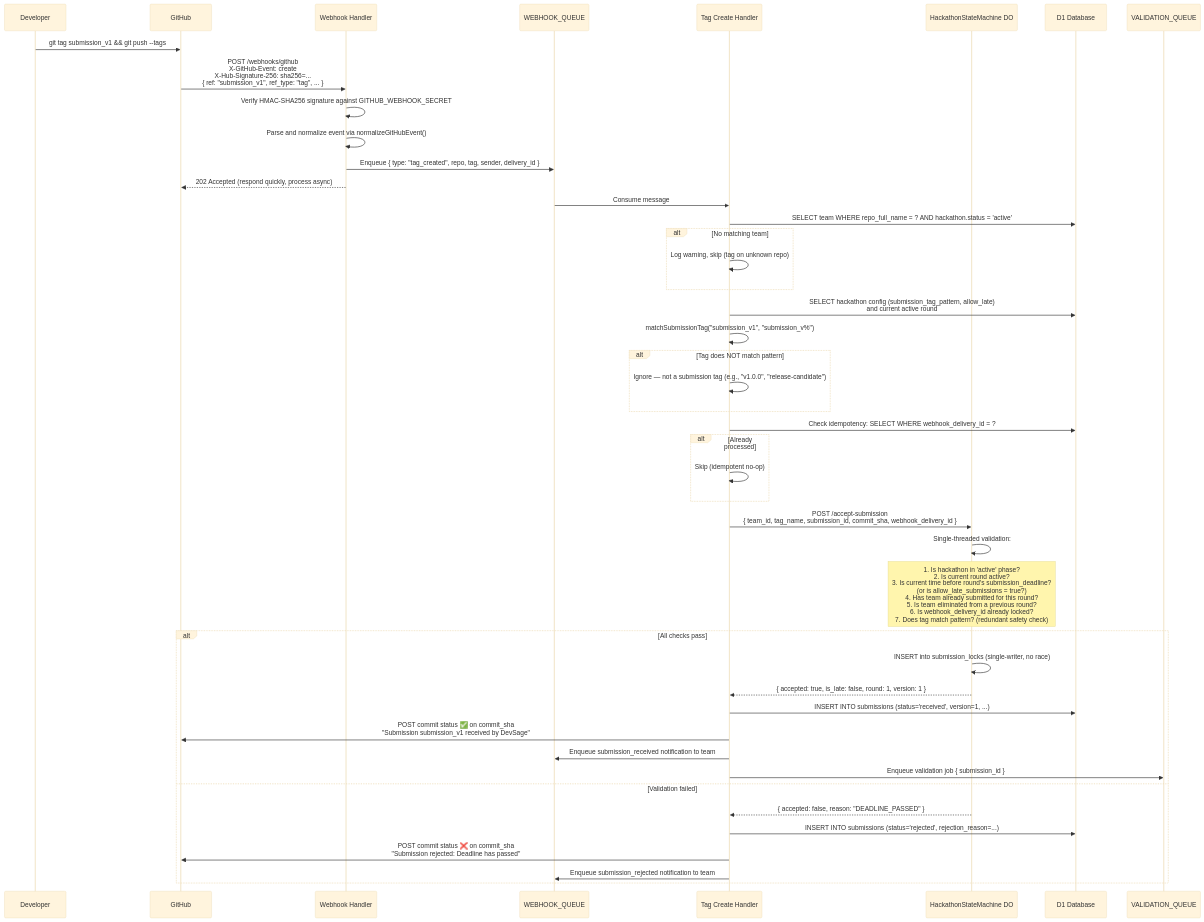
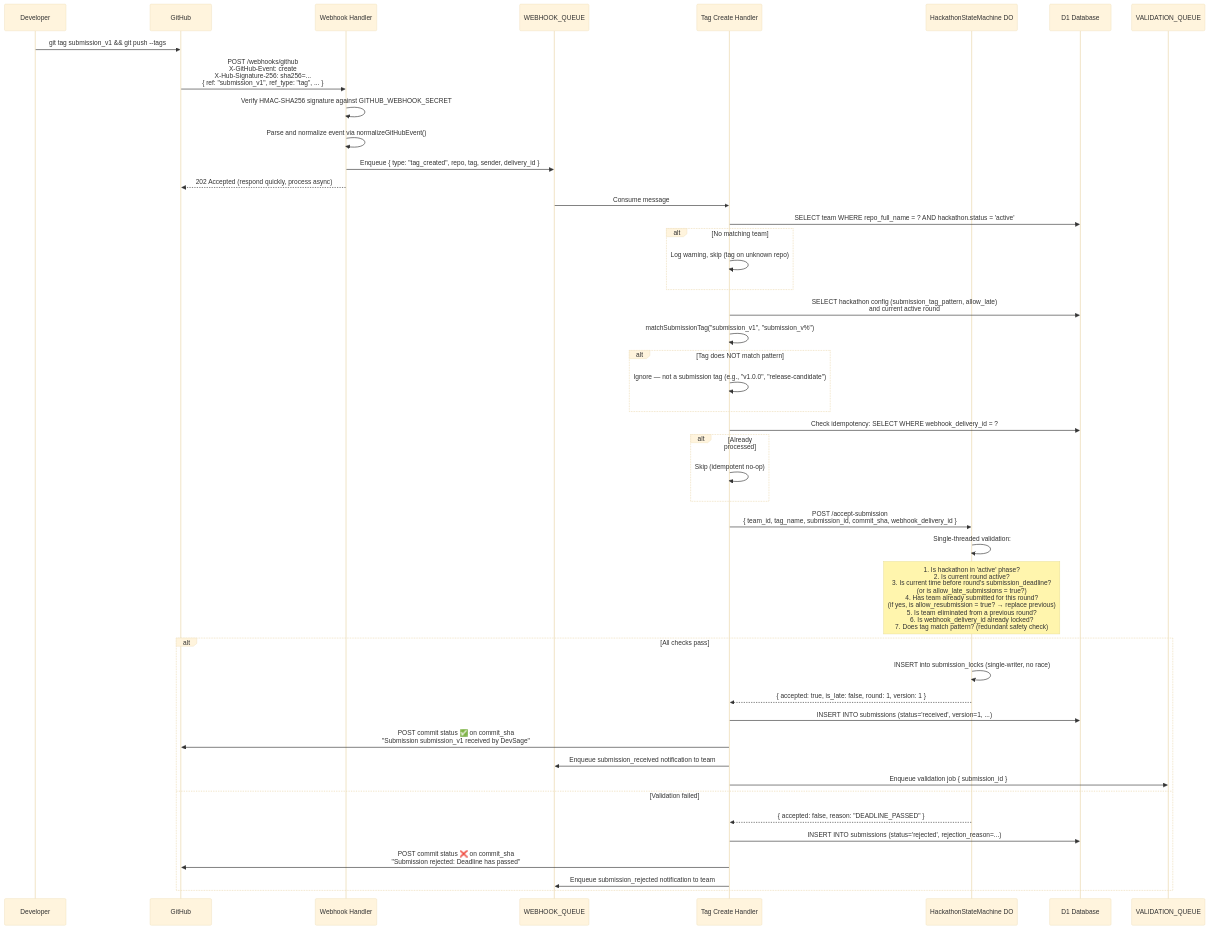
One commit to devangshupandey2025-stack/DevSage changed the first of 12 diagrams in docs/v3/planned/submissions.md. Above: the diagram before and after it, drawn with Mermaid (base theme). The commit also changed other lines of this file and 2 other files, not shown here.

First line of the commit message:
docs(competition): verify and fix submissions, judging, and roles docs

````diff
--- a/docs/v3/planned/submissions.md
+++ b/docs/v3/planned/submissions.md
@@ -67,59 +67,59 @@
 ```mermaid
 sequenceDiagram
     participant D as Developer
     participant GH as GitHub
     participant WH as Webhook Handler
     participant Q as WEBHOOK_QUEUE
     participant TC as Tag Create Handler
     participant DO as HackathonStateMachine DO
     participant D1 as D1 Database
     participant VQ as VALIDATION_QUEUE
 
     D->>GH: git tag submission_v1 && git push --tags
     GH->>WH: POST /webhooks/github<br/>X-GitHub-Event: create<br/>X-Hub-Signature-256: sha256=...<br/>{ ref: "submission_v1", ref_type: "tag", ... }
 
     WH->>WH: Verify HMAC-SHA256 signature against GITHUB_WEBHOOK_SECRET
     WH->>WH: Parse and normalize event via normalizeGitHubEvent()
     WH->>Q: Enqueue { type: "tag_created", repo, tag, sender, delivery_id }
     WH-->>GH: 202 Accepted (respond quickly, process async)
 
     Q->>TC: Consume message
     TC->>D1: SELECT team WHERE repo_full_name = ? AND hackathon.status = 'active'
     
     alt No matching team
         TC->>TC: Log warning, skip (tag on unknown repo)
     end
 
     TC->>D1: SELECT hackathon config (submission_tag_pattern, allow_late)<br/>and current active round
     TC->>TC: matchSubmissionTag("submission_v1", "submission_v%")
 
     alt Tag does NOT match pattern
         TC->>TC: Ignore — not a submission tag (e.g., "v1.0.0", "release-candidate")
     end
 
     TC->>D1: Check idempotency: SELECT WHERE webhook_delivery_id = ?
     alt Already processed
         TC->>TC: Skip (idempotent no-op)
     end
 
     TC->>DO: POST /accept-submission<br/>{ team_id, tag_name, submission_id, commit_sha, webhook_delivery_id }
 
     DO->>DO: Single-threaded validation:
-    Note over DO: 1. Is hackathon in 'active' phase?<br/>2. Is current round active?<br/>3. Is current time before round's submission_deadline?<br/>   (or is allow_late_submissions = true?)<br/>4. Has team already submitted for this round?<br/>5. Is team eliminated from a previous round?<br/>6. Is webhook_delivery_id already locked?<br/>7. Does tag match pattern? (redundant safety check)
+    Note over DO: 1. Is hackathon in 'active' phase?<br/>2. Is current round active?<br/>3. Is current time before round's submission_deadline?<br/>   (or is allow_late_submissions = true?)<br/>4. Has team already submitted for this round?<br/>   (if yes, is allow_resubmission = true? → replace previous)<br/>5. Is team eliminated from a previous round?<br/>6. Is webhook_delivery_id already locked?<br/>7. Does tag match pattern? (redundant safety check)
 
     alt All checks pass
         DO->>DO: INSERT into submission_locks (single-writer, no race)
         DO-->>TC: { accepted: true, is_late: false, round: 1, version: 1 }
 
         TC->>D1: INSERT INTO submissions (status='received', version=1, ...)
         TC->>GH: POST commit status ✅ on commit_sha<br/>"Submission submission_v1 received by DevSage"
         TC->>Q: Enqueue submission_received notification to team
         TC->>VQ: Enqueue validation job { submission_id }
     else Validation failed
         DO-->>TC: { accepted: false, reason: "DEADLINE_PASSED" }
 
         TC->>D1: INSERT INTO submissions (status='rejected', rejection_reason=...)
         TC->>GH: POST commit status ❌ on commit_sha<br/>"Submission rejected: Deadline has passed"
         TC->>Q: Enqueue submission_rejected notification to team
     end
 ```
````
